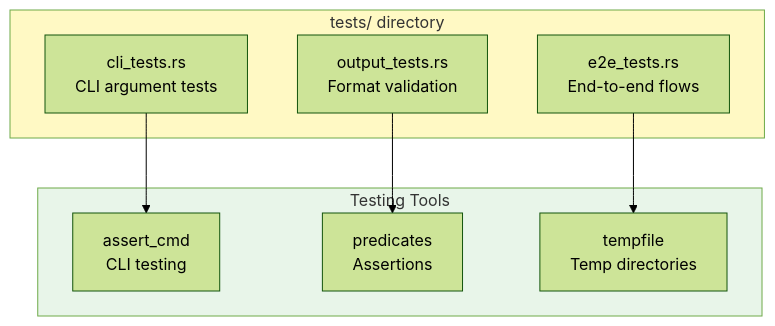
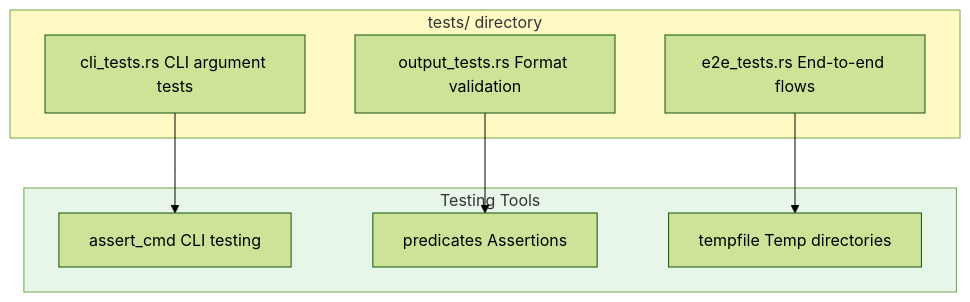
Before and after one commit to softwarewrighter/ui-test-rs: the sixth of 15 diagrams in wiki/Testing-Strategy.md, drawn with Mermaid (forest theme). The commit also changed other lines of this file and 10 other files, not shown here.

First line of the commit message:
Fix wiki Mermaid diagrams: remove <br/> tags

````diff
--- a/wiki/Testing-Strategy.md
+++ b/wiki/Testing-Strategy.md
@@ -194,21 +194,21 @@
 ```mermaid
 graph TB
     subgraph TestDir["tests/ directory"]
-        CLI[cli_tests.rs<br/>CLI argument tests]
-        E2E[e2e_tests.rs<br/>End-to-end flows]
-        Output[output_tests.rs<br/>Format validation]
+        CLI[cli_tests.rs CLI argument tests]
+        E2E[e2e_tests.rs End-to-end flows]
+        Output[output_tests.rs Format validation]
     end
 
     subgraph Tools["Testing Tools"]
-        AssertCmd[assert_cmd<br/>CLI testing]
-        Predicates[predicates<br/>Assertions]
-        TempFile[tempfile<br/>Temp directories]
+        AssertCmd[assert_cmd CLI testing]
+        Predicates[predicates Assertions]
+        TempFile[tempfile Temp directories]
     end
 
     CLI --> AssertCmd
     E2E --> TempFile
     Output --> Predicates
 
     style TestDir fill:#fff9c4
     style Tools fill:#e8f5e9
 ```
````
